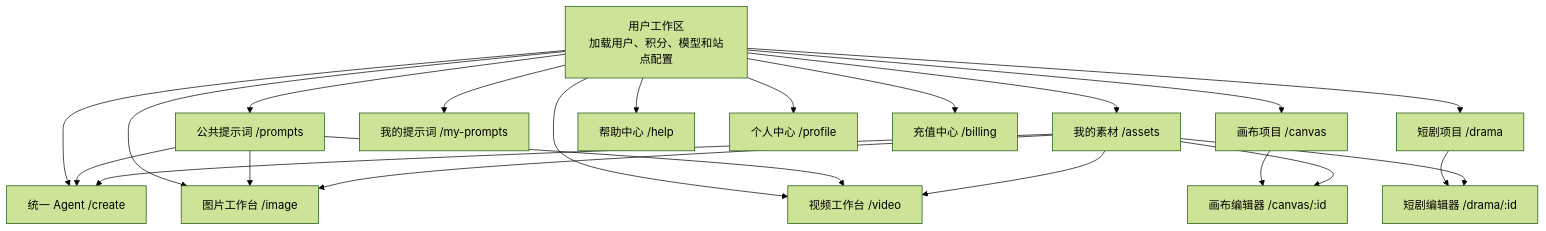
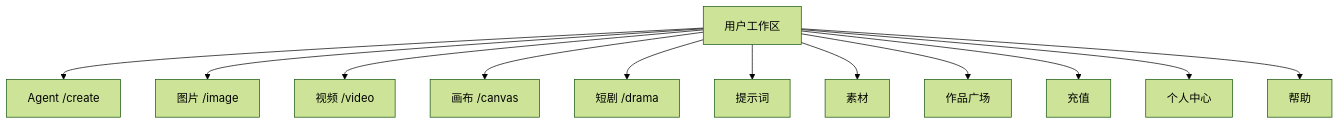
The second of 6 diagrams in README.md (jiujiu532/JoveCanvas), drawn with Mermaid (forest theme) before and after one commit. The commit also changed other lines of this file and 2 other files, not shown here.

````diff
--- a/README.md
+++ b/README.md
@@ -80,30 +87,15 @@
 ```mermaid
 flowchart TB
-    USER["用户工作区<br/>加载用户、积分、模型和站点配置"]
-
-    USER --> CREATE["统一 Agent /create"]
-    USER --> IMAGE["图片工作台 /image"]
-    USER --> VIDEO["视频工作台 /video"]
-
-    USER --> CANVAS["画布项目 /canvas"]
-    CANVAS --> CANVAS_ID["画布编辑器 /canvas/:id"]
-
-    USER --> DRAMA["短剧项目 /drama"]
-    DRAMA --> DRAMA_ID["短剧编辑器 /drama/:id"]
-
-    USER --> PROMPTS["公共提示词 /prompts"]
-    USER --> MY_PROMPTS["我的提示词 /my-prompts"]
-    USER --> ASSETS["我的素材 /assets"]
-    USER --> HELP["帮助中心 /help"]
-    USER --> PROFILE["个人中心 /profile"]
-    USER --> BILLING["充值中心 /billing"]
-
-    PROMPTS --> CREATE
-    PROMPTS --> IMAGE
-    PROMPTS --> VIDEO
-    ASSETS --> CREATE
-    ASSETS --> IMAGE
-    ASSETS --> VIDEO
-    ASSETS --> CANVAS_ID
-    ASSETS --> DRAMA_ID
+    USER["用户工作区"]
+    USER --> CREATE["Agent /create"]
+    USER --> IMAGE["图片 /image"]
+    USER --> VIDEO["视频 /video"]
+    USER --> CANVAS["画布 /canvas"]
+    USER --> DRAMA["短剧 /drama"]
+    USER --> PROMPTS["提示词"]
+    USER --> ASSETS["素材"]
+    USER --> GALLERY["作品广场"]
+    USER --> BILLING["充值"]
+    USER --> PROFILE["个人中心"]
+    USER --> HELP["帮助"]
 ```
````
